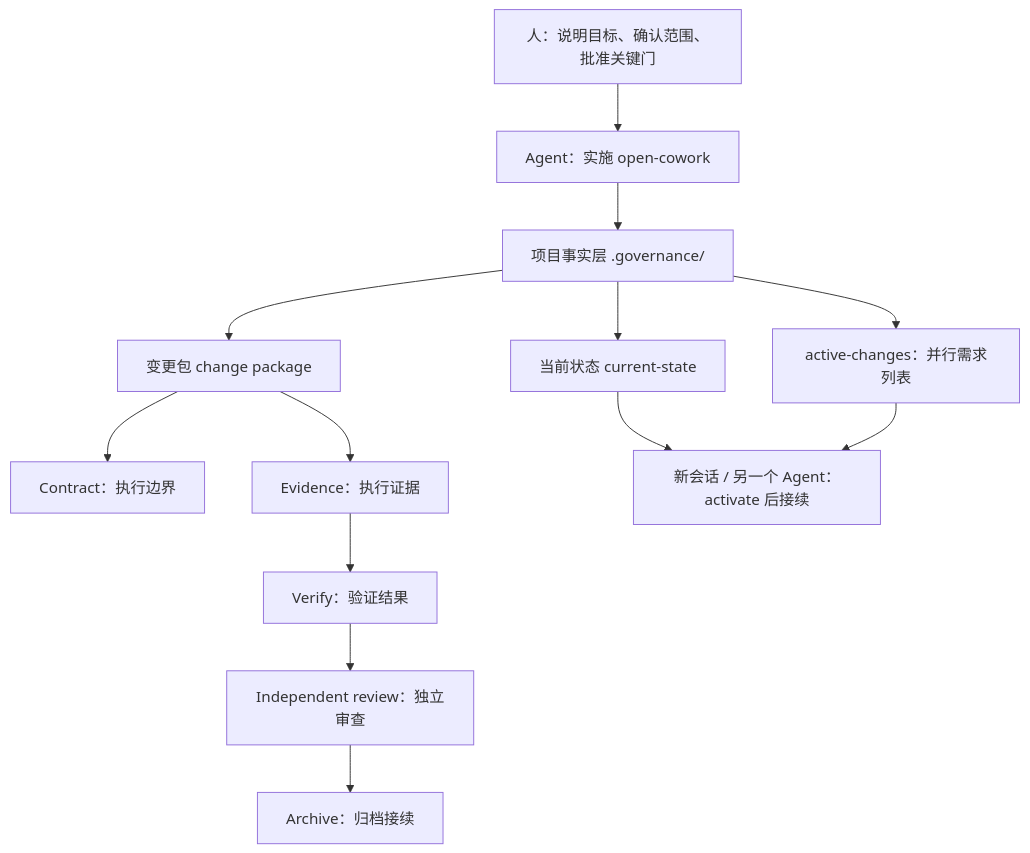
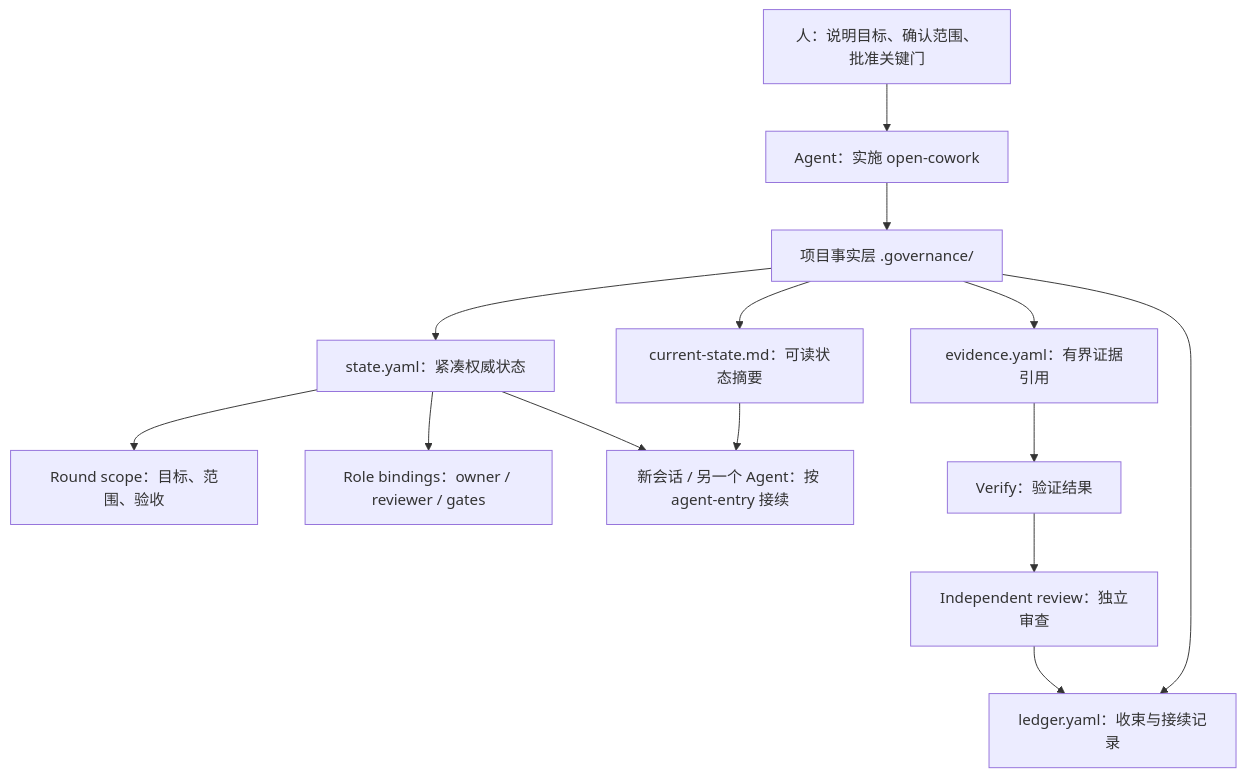
One commit to moyage/open-cowork changed the diagram in README.md. Above: the diagram before and after it, drawn with Mermaid. The commit also changed other lines of this file and 58 other files, not shown here.

````diff
--- a/README.md
+++ b/README.md
@@ -74,15 +64,16 @@
 ```mermaid
 flowchart TD
     Human["人：说明目标、确认范围、批准关键门"] --> Agent["Agent：实施 open-cowork"]
     Agent --> Facts["项目事实层 .governance/"]
-    Facts --> State["当前状态 current-state"]
-    Facts --> Change["变更包 change package"]
-    Change --> Contract["Contract：执行边界"]
-    Change --> Evidence["Evidence：执行证据"]
+    Facts --> State["state.yaml：紧凑权威状态"]
+    Facts --> Current["current-state.md：可读状态摘要"]
+    Facts --> Evidence["evidence.yaml：有界证据引用"]
+    Facts --> Ledger["ledger.yaml：收束与接续记录"]
+    State --> Scope["Round scope：目标、范围、验收"]
+    State --> Roles["Role bindings：owner / reviewer / gates"]
     Evidence --> Verify["Verify：验证结果"]
     Verify --> Review["Independent review：独立审查"]
-    Review --> Archive["Archive：归档接续"]
-    State --> NextAgent["新会话 / 另一个 Agent：activate 后接续"]
-    Facts --> Active["active-changes：并行需求列表"]
-    Active --> NextAgent
+    Review --> Ledger
+    Current --> NextAgent["新会话 / 另一个 Agent：按 agent-entry 接续"]
+    State --> NextAgent
 ```
````
